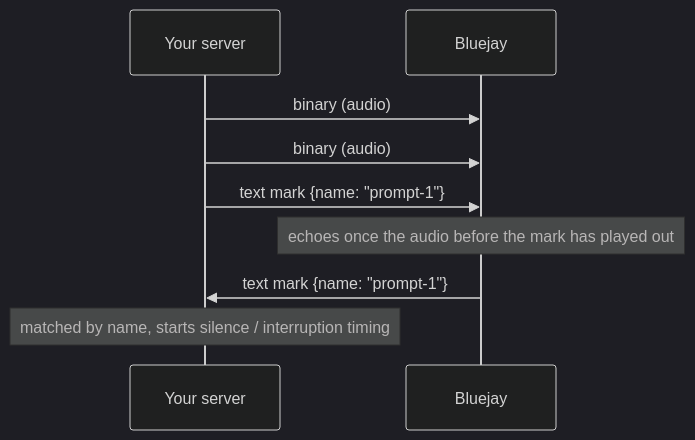
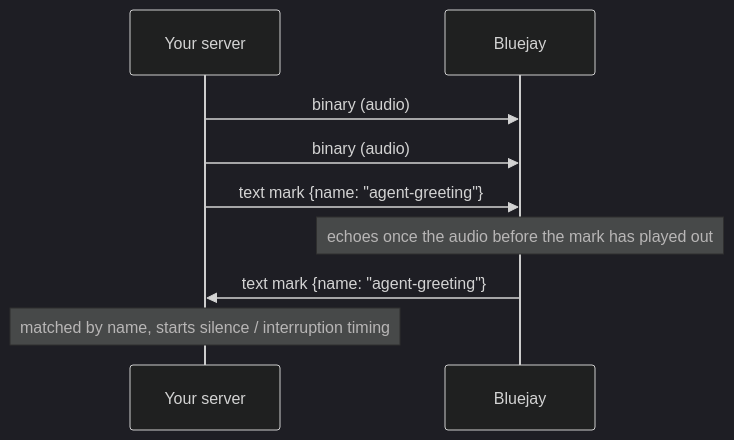
Before and after one commit to bluejay-ai-dev/docs: the fourth of 4 diagrams in simulation-integrations/websockets.mdx, drawn with Mermaid (dark theme). The commit also changed other lines of this file and 1 other file, not shown here.

Commit message:
docs(chirp): use realistic mark name (agent-greeting) in examples

````diff
--- a/simulation-integrations/websockets.mdx
+++ b/simulation-integrations/websockets.mdx
@@ -606,12 +606,12 @@
 ```mermaid
 sequenceDiagram
     participant C as Your server
     participant B as Bluejay
 
     C->>B: binary (audio)
     C->>B: binary (audio)
-    C->>B: text  mark {name: "prompt-1"}
+    C->>B: text  mark {name: "agent-greeting"}
     Note over B: echoes once the audio before the mark has played out
-    B->>C: text  mark {name: "prompt-1"}
+    B->>C: text  mark {name: "agent-greeting"}
     Note over C: matched by name, starts silence / interruption timing
 ```
````
